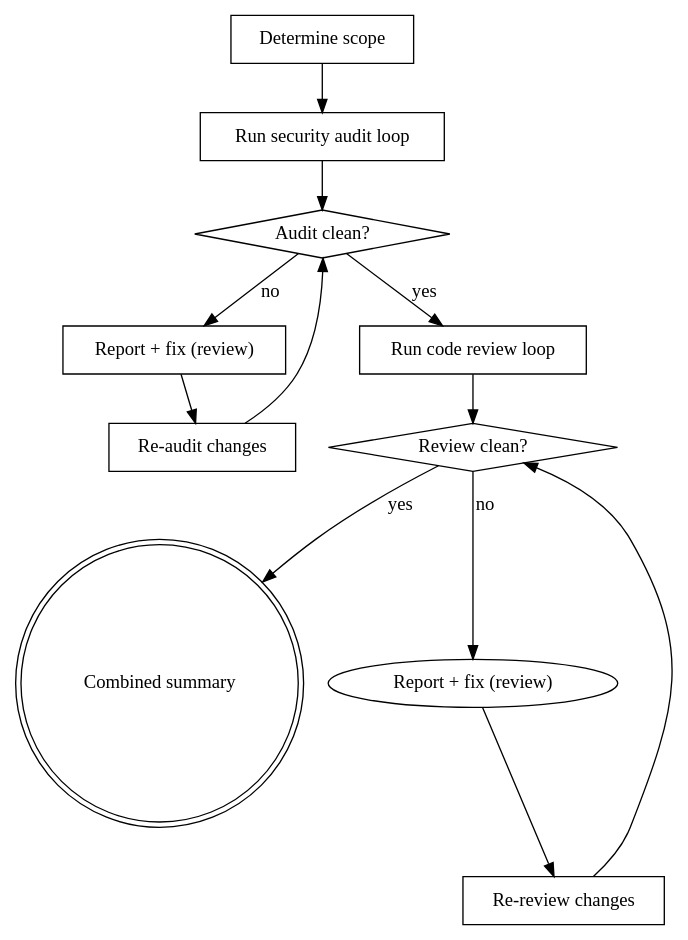
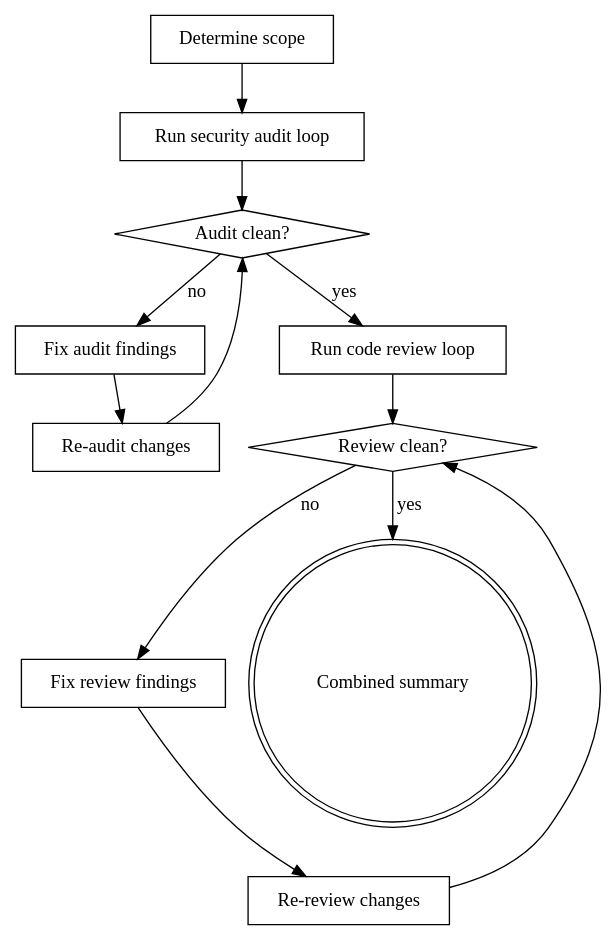
One commit to NecturaLabs/AgentSkills changed the second of 2 diagrams in skills/iterative-security-audit/SKILL.md. Above: the diagram before and after it, drawn with Graphviz. The commit also changed other lines of this file and 8 other files, not shown here.

````diff
--- a/skills/iterative-security-audit/SKILL.md
+++ b/skills/iterative-security-audit/SKILL.md
@@ -48,26 +48,26 @@
 ```dot
 digraph audit {
     "Determine scope" [shape=box];
     "Run security audit loop" [shape=box];
     "Audit clean?" [shape=diamond];
-    "Report + fix" [shape=box];
+    "Fix audit findings" [shape=box];
     "Re-audit changes" [shape=box];
     "Run code review loop" [shape=box];
     "Review clean?" [shape=diamond];
-    "Report + fix" [shape=box, label="Report + fix (review)"];
+    "Fix review findings" [shape=box];
     "Re-review changes" [shape=box];
     "Combined summary" [shape=doublecircle];
 
     "Determine scope" -> "Run security audit loop";
     "Run security audit loop" -> "Audit clean?";
-    "Audit clean?" -> "Report + fix" [label="no"];
-    "Report + fix" -> "Re-audit changes";
+    "Audit clean?" -> "Fix audit findings" [label="no"];
+    "Fix audit findings" -> "Re-audit changes";
     "Re-audit changes" -> "Audit clean?";
     "Audit clean?" -> "Run code review loop" [label="yes"];
     "Run code review loop" -> "Review clean?";
-    "Review clean?" -> "Report + fix (review)" [label="no"];
-    "Report + fix (review)" -> "Re-review changes";
+    "Review clean?" -> "Fix review findings" [label="no"];
+    "Fix review findings" -> "Re-review changes";
     "Re-review changes" -> "Review clean?";
     "Review clean?" -> "Combined summary" [label="yes"];
 }
 ```
````
